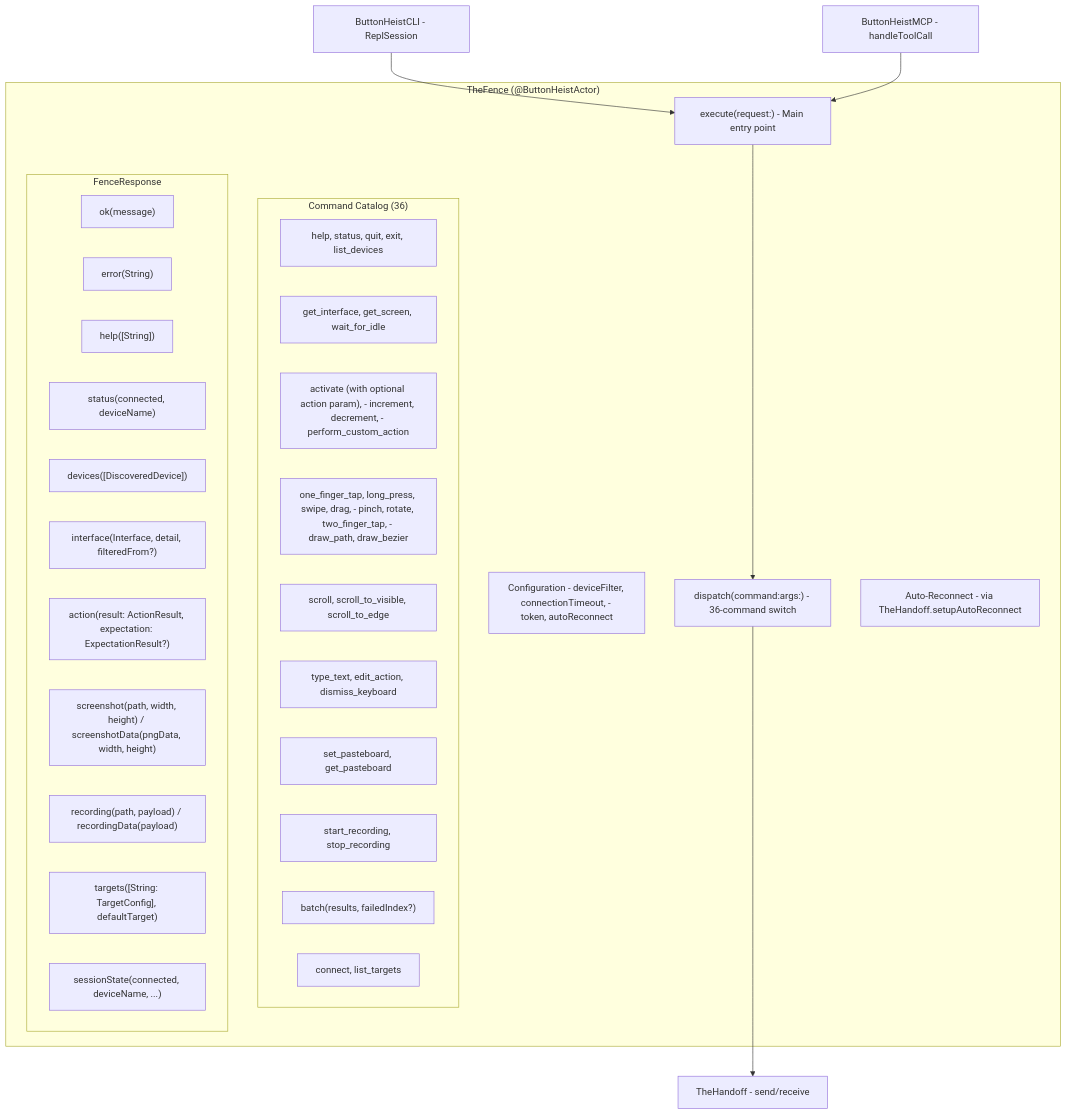
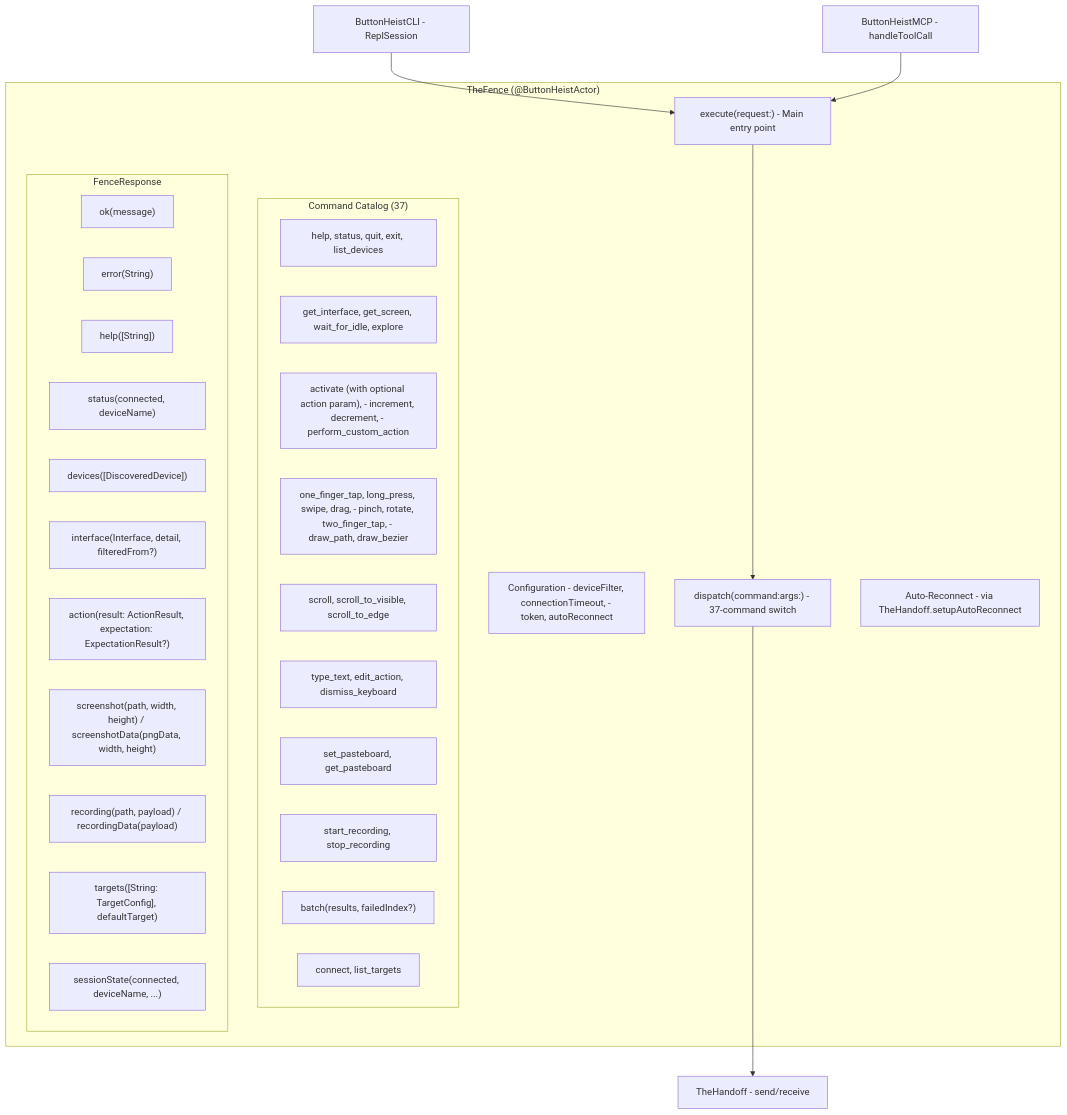
Before and after one commit to RoyalPineapple/TheButtonHeist: the first of 3 diagrams in docs/dossiers/10-THEFENCE.md, drawn with Mermaid. The commit also changed other lines of this file and 17 other files, not shown here.

First line of the commit message:
fix: explore command — production hardening

````diff
--- a/docs/dossiers/10-THEFENCE.md
+++ b/docs/dossiers/10-THEFENCE.md
@@ -25,42 +25,42 @@
 ```mermaid
 graph TD
     subgraph TheFence["TheFence (@ButtonHeistActor)"]
         Config["Configuration - deviceFilter, connectionTimeout, - token, autoReconnect"]
         Execute["execute(request:) - Main entry point"]
-        Dispatch["dispatch(command:args:) - 36-command switch"]
+        Dispatch["dispatch(command:args:) - 37-command switch"]
         Reconnect["Auto-Reconnect - via TheHandoff.setupAutoReconnect"]
 
-        subgraph Commands["Command Catalog (36)"]
+        subgraph Commands["Command Catalog (37)"]
             Conn["help, status, quit, exit, list_devices"]
-            IF["get_interface, get_screen, wait_for_idle"]
+            IF["get_interface, get_screen, wait_for_idle, explore"]
             Access["activate (with optional action param), - increment, decrement, - perform_custom_action"]
             Gesture["one_finger_tap, long_press, swipe, drag, - pinch, rotate, two_finger_tap, - draw_path, draw_bezier"]
             Scroll["scroll, scroll_to_visible, scroll_to_edge"]
             Text["type_text, edit_action, dismiss_keyboard"]
             Pasteboard["set_pasteboard, get_pasteboard"]
             Rec["start_recording, stop_recording"]
             Batch["run_batch, get_session_state, wait_for"]
             Target["connect, list_targets"]
         end
 
         subgraph Response["FenceResponse"]
             Ok["ok(message)"]
             Err["error(String)"]
             Help["help([String])"]
             Status["status(connected, deviceName)"]
             DevList["devices([DiscoveredDevice])"]
             IFResp["interface(Interface, detail, filteredFrom?)"]
             Action["action(result: ActionResult, expectation: ExpectationResult?)"]
             Screenshot["screenshot(path, width, height) / screenshotData(pngData, width, height)"]
             Recording["recording(path, payload) / recordingData(payload)"]
             Targets["targets([String: TargetConfig], defaultTarget)"]
             Batch["batch(results, failedIndex?)"]
             SessionState["sessionState(connected, deviceName, ...)"]
         end
     end
 
     CLI["ButtonHeistCLI - ReplSession"] --> Execute
     MCP["ButtonHeistMCP - handleToolCall"] --> Execute
     Execute --> Dispatch
     Dispatch --> Client["TheHandoff - send/receive"]
 ```
````
